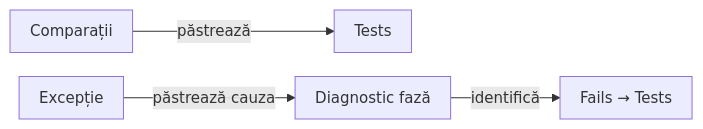
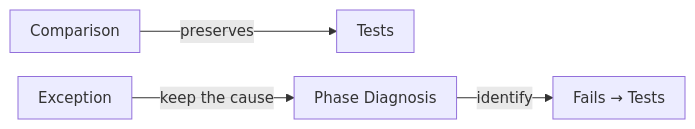
One commit to crististefanita/atf_j0 changed diagram 14 of 18 in atf-reporting/README.md. Above: the diagram before and after it, drawn with Mermaid. The commit also changed other lines of this file and 113 other files, not shown here.

````diff
--- a/atf-reporting/README.md
+++ b/atf-reporting/README.md
@@ -1978,7 +1549,7 @@
 ```mermaid
 %%{init: {"themeVariables":{"fontSize":"15px"},"themeCSS":".nodeLabel, .nodeLabel p { font-size: 15px !important; line-height: 1.35 !important; } .edgeLabel, .edgeLabel p { font-size: 12px !important; font-weight: 400 !important; line-height: 1.2 !important; } .edgeLabel .labelBkg, .edgeLabel p { background: transparent !important; } .edgeLabel foreignObject { transform: translateY(-18px); overflow: visible; } .node rect { rx: 6px; ry: 6px; }","flowchart":{"curve":"linear","nodeSpacing":24,"rankSpacing":40,"padding":10,"diagramPadding":16}}}%%
 flowchart LR
-    Checks["Comparații"] -->|păstrează| Tests["Tests"]
-    Error["Excepție"] -->|păstrează cauza| Diagnostic["Diagnostic fază"]
-    Diagnostic -->|identifică| Fails["Fails → Tests"]
+    Checks["Comparison"] -->|preserves| Tests["Tests"]
+    Error["Exception"] -->|keep the cause| Diagnostic["Phase Diagnosis"]
+    Diagnostic -->|identify| Fails["Fails → Tests"]
 ```
````
